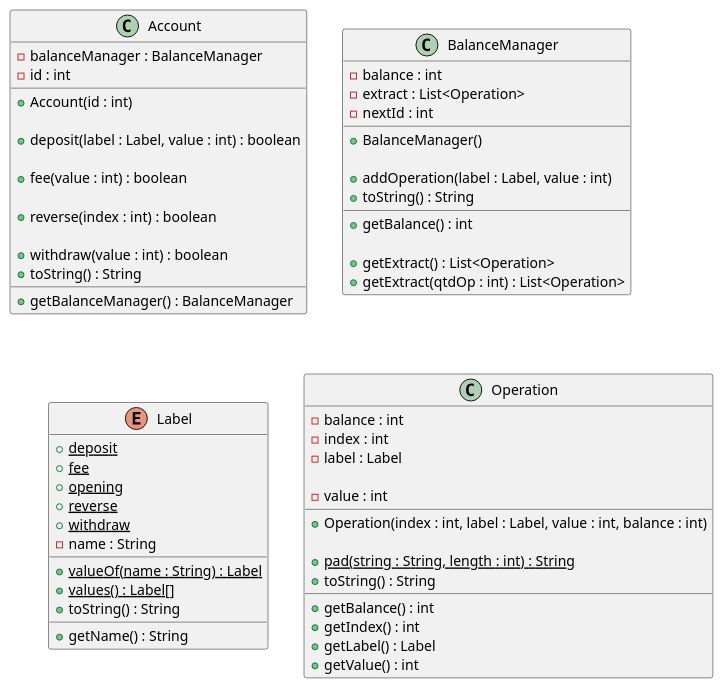
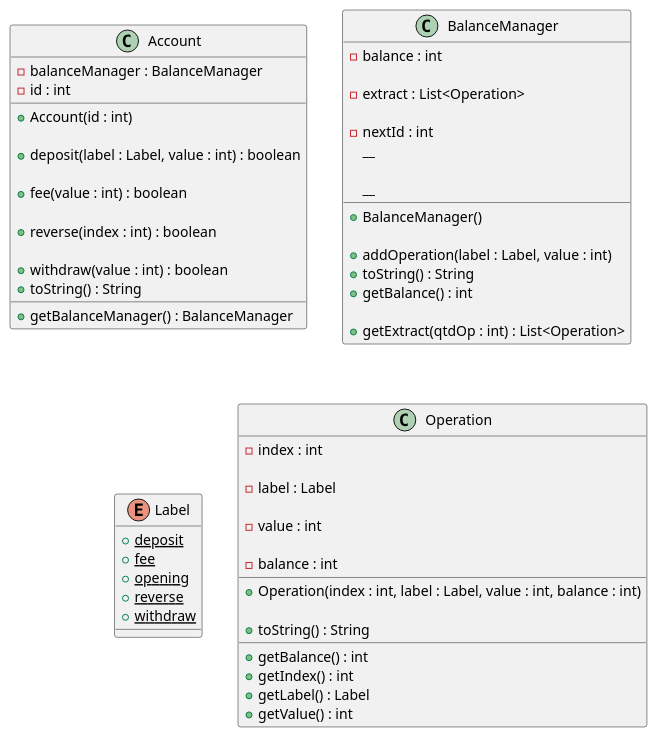
Before and after one commit to qxcodepoo/arcade: the diagram in base/007/.cache/Readme.md, drawn with PlantUML. The commit also changed 4 other files, not shown here.

````diff
--- a/base/007/.cache/Readme.md
+++ b/base/007/.cache/Readme.md
@@ -46,83 +46,83 @@
 ```plantuml
 class Account {
   - balanceManager : BalanceManager
   - id : int
   __
   + Account(id : int)
 
   ' adiciona valor à conta
   + deposit(label : Label, value : int) : boolean
 
   ' retira o dinheiro, mesmo que o balance fique negativo
   + fee(value : int) : boolean
 
-  ' se o índice for válido e representar uma operação de fee
-  ' adicione o mesmo valor tarifado, mas com label de reverse
+  ' se o índice for válido e representar uma operação de tarifa
+  ' adicione o mesmo valor tarifado, mas com label de reverse(extorno)
   + reverse(index : int) : boolean
 
   ' só realiza a operação se houver dinheiro suficiente na conta
   + withdraw(value : int) : boolean
   + toString() : String
   __
+  ' em c++, retorne a referencia
   + getBalanceManager() : BalanceManager
 }
-'
+
 ' nessa classe são efetivadas e registradas as alterações no saldo
 class BalanceManager {
-  - balance : int
+
+  ' saldo do cliente
+  - balance : int 
+
+  ' extrato
   - extract : List<Operation>
+  
+  ' id da próxima operação
   - nextId : int
   __
   + BalanceManager()
 
   ' adiciona value ao balance
-  ' crie operação e adiciona ao vetor de operações
+  ' crie operação e adicione ao vetor de operações
   ' incrementa o nextId
   + addOperation(label : Label, value : int)
   + toString() : String
   __
   + getBalance() : int
 
-  ' metodo sobrescrito para retornar apenas as últimas qtdOp operações
-  + getExtract() : List<Operation>
+  ' se qtdOp for 0, valor default, retornar todo o extrato
   + getExtract(qtdOp : int) : List<Operation>
 }
 '
 ' essa enumeração guarda possíveis labels para as operações
 enum Label {
   + deposit {static}
   + fee {static}
   + opening {static}
   + reverse {static}
   + withdraw {static}
-  - name : String
-  __
-  + valueOf(name : String) : Label {static}
-  + values() : Label[] {static}
-  + toString() : String
-  __
-  + getName() : String
 }
 '
 ' operação guarda os dados de uma única operação
 class Operation {
-  - balance : int
   - index : int
+
   - label : Label
 
-  ' valor em negativo se for débito
+  ' valor em negativo se estiver diminuindo o saldo
   - value : int
+
+  ' saldo residual apos operação
+  - balance : int
   __
   + Operation(index : int, label : Label, value : int, balance : int)
 
-  ' faz o preenchimento da string com espaços em branco até completar o length
-  + pad(string : String, length : int) : String {static}
   + toString() : String
   __
   + getBalance() : int
   + getIndex() : int
   + getLabel() : Label
   + getValue() : int
 }
 
 ```
````
